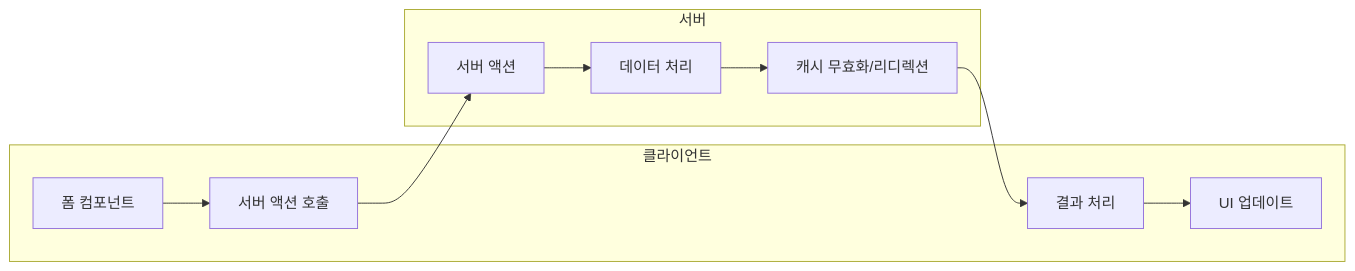
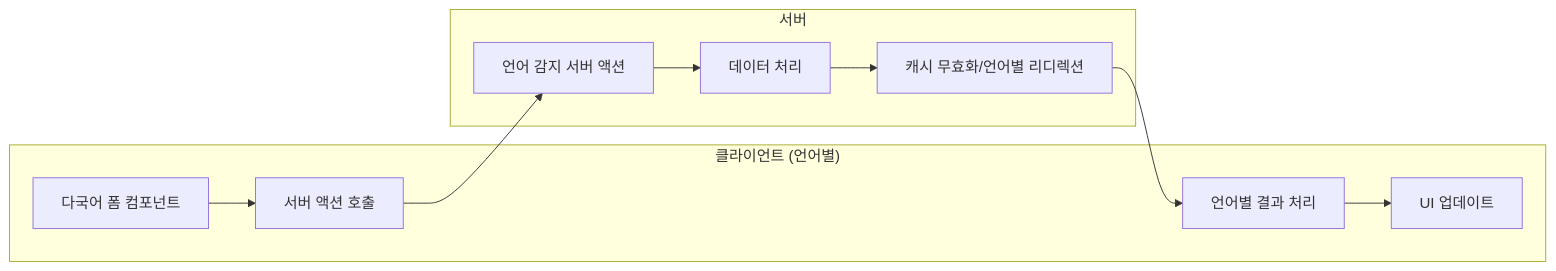
The fifth of 5 diagrams in frontend/routing.md (Seungwoo321/etorch-docs), drawn with Mermaid before and after one commit. The commit also changed other lines of this file and 2 other files, not shown here.

Commit message:
docs: 다국어 지원 반영

````diff
--- a/frontend/routing.md
+++ b/frontend/routing.md
@@ -671,15 +1104,15 @@
 ```mermaid
 flowchart LR
-    subgraph "클라이언트"
-        A[폼 컴포넌트] --> B[서버 액션 호출]
-        F[결과 처리] --> G[UI 업데이트]
+    subgraph "클라이언트 (언어별)"
+        A[다국어 폼 컴포넌트] --> B[서버 액션 호출]
+        F[언어별 결과 처리] --> G[UI 업데이트]
     end
     
     subgraph "서버"
-        C[서버 액션] --> D[데이터 처리]
-        D --> E[캐시 무효화/리디렉션]
+        C[언어 감지 서버 액션] --> D[데이터 처리]
+        D --> E[캐시 무효화/언어별 리디렉션]
     end
     
     B --> C
     E --> F
 ```
````
